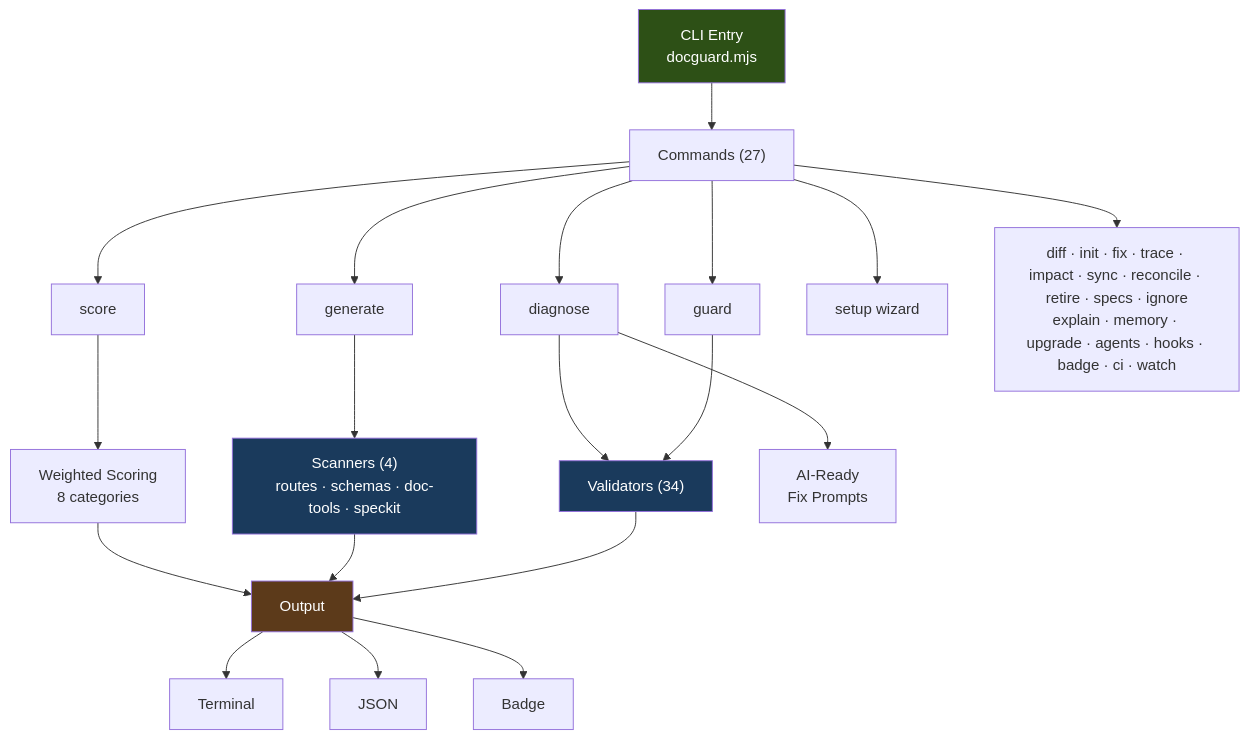
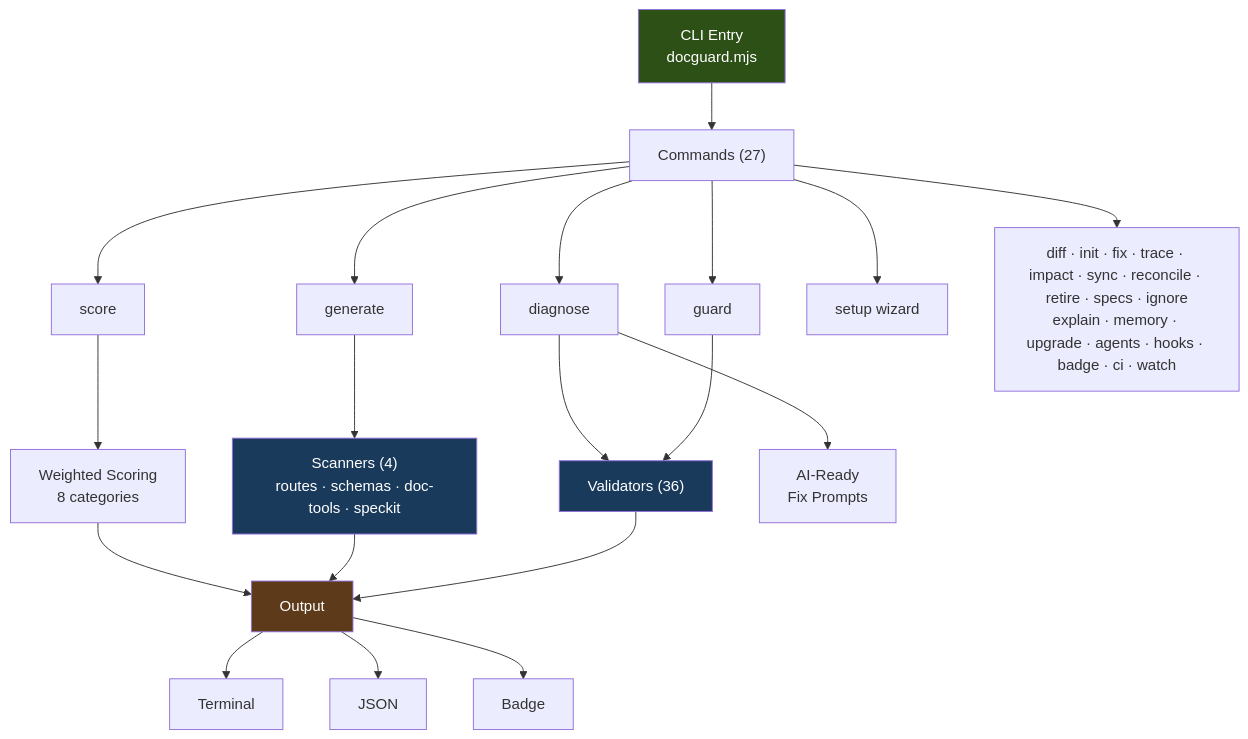
The diagram in README.md (raccioly/docguard), drawn with Mermaid before and after one commit. The commit also changed other lines of this file and 75 other files, not shown here.

````diff
--- a/README.md
+++ b/README.md
@@ -73,28 +73,28 @@
 ```mermaid
 graph TD
     CLI["CLI Entry<br/>docguard.mjs"] --> Commands["Commands (27)"]
     Commands --> guard["guard"]
     Commands --> generate["generate"]
     Commands --> score["score"]
     Commands --> diagnose["diagnose"]
     Commands --> setup["setup wizard"]
     Commands --> other["diff · init · fix · trace · impact · sync · reconcile · retire · specs · ignore<br/>explain · memory · upgrade · agents · hooks · badge · ci · watch"]
 
-    guard --> Validators["Validators (34)"]
+    guard --> Validators["Validators (36)"]
     generate --> Scanners["Scanners (4)<br/>routes · schemas · doc-tools · speckit"]
     score --> Scoring["Weighted Scoring<br/>8 categories"]
     diagnose --> Validators
     diagnose --> AIPrompts["AI-Ready<br/>Fix Prompts"]
 
     Validators --> Output["Output"]
     Scanners --> Output
     Scoring --> Output
     Output --> Terminal["Terminal"]
     Output --> JSON["JSON"]
     Output --> Badge["Badge"]
 
     style CLI fill:#2d5016,color:#fff
     style Validators fill:#1a3a5c,color:#fff
     style Scanners fill:#1a3a5c,color:#fff
     style Output fill:#5c3a1a,color:#fff
 ```
````
